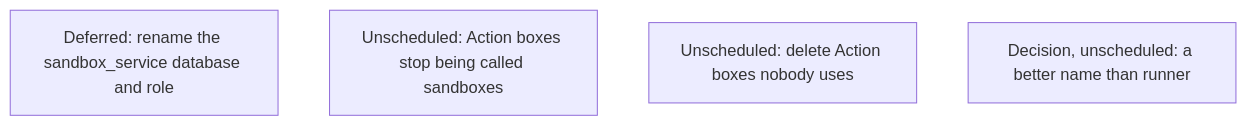
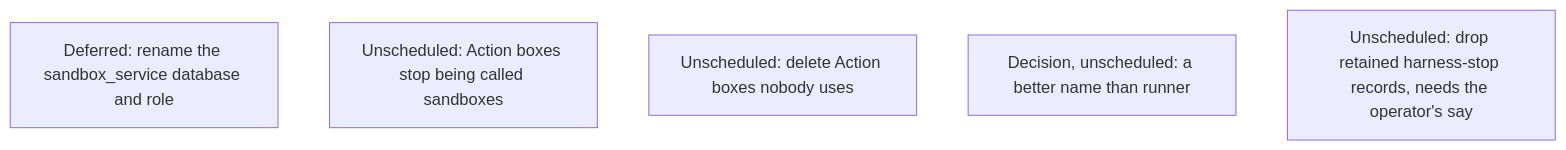
Before and after one commit to agentydragon/ducktape: diagram 12 of 16 in agentplane/plans/task_dag.md, drawn with Mermaid. The commit also changed other lines of this file and 8 other files, not shown here.

````diff
--- a/agentplane/plans/task_dag.md
+++ b/agentplane/plans/task_dag.md
@@ -1572,7 +1583,8 @@
 ```mermaid
 flowchart TD
     HISTORY_DATABASE_RENAME[Deferred: rename the sandbox_service database and role]
     ACTION_BOX_RENAME[Unscheduled: Action boxes stop being called sandboxes]
     ACTION_BOX_IDLE_REAPER[Unscheduled: delete Action boxes nobody uses]
     RUNNER_RENAME[Decision, unscheduled: a better name than runner]
+    HARNESS_STOP_HISTORY_CLEANUP[Unscheduled: drop retained harness-stop records, needs the operator's say]
 ```
````
